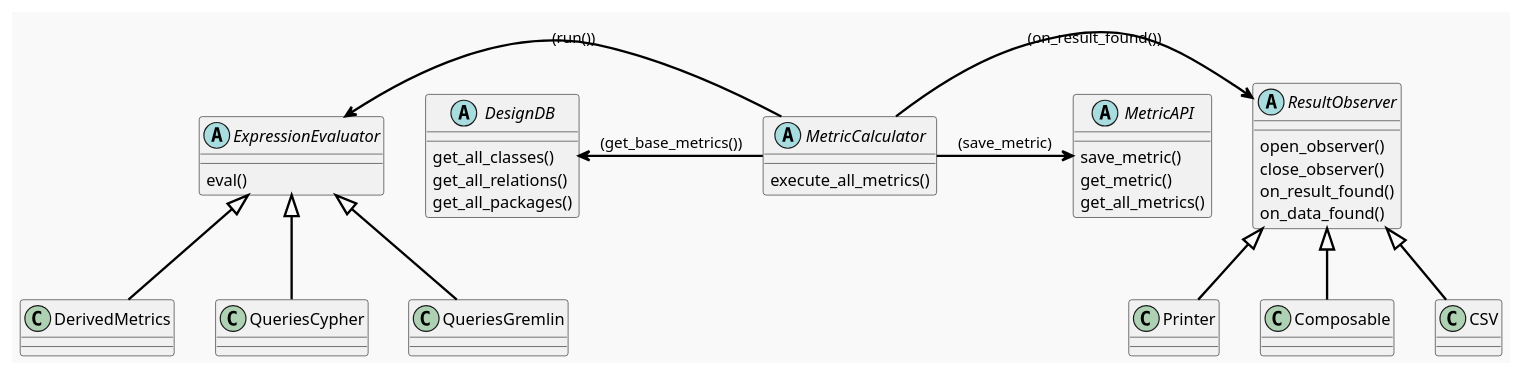
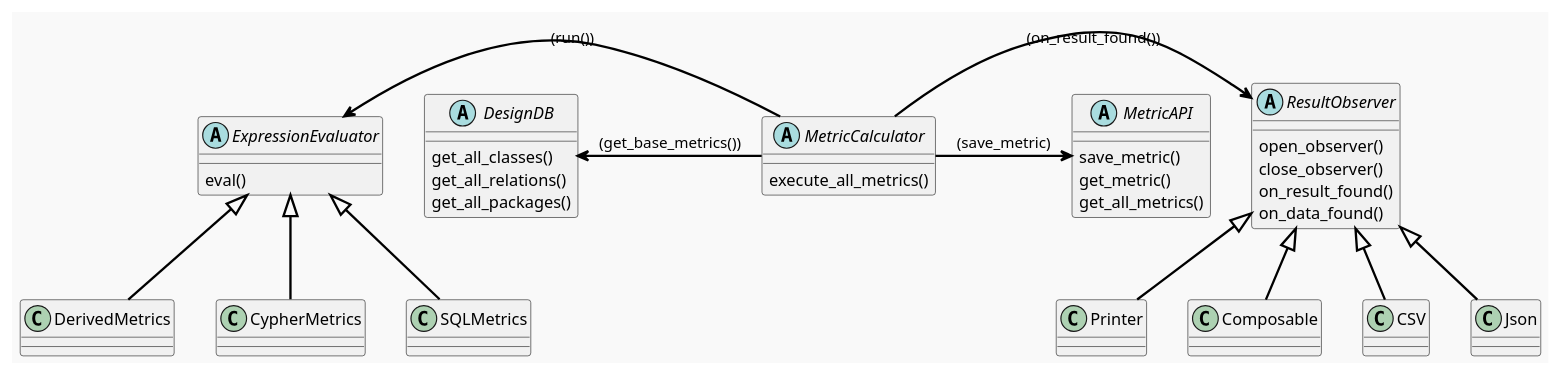
One commit to GonzaloGarciaZurlo/CodeDesignDeltaEvaluator changed the diagram in Design/metric_calculator-result_obs.plantuml. Above: the diagram before and after it, drawn with PlantUML. The commit also changed 5 other files, not shown here.

Commit message:
uml updates

```diff
--- a/Design/metric_calculator-result_obs.plantuml
+++ b/Design/metric_calculator-result_obs.plantuml
@@ -1,55 +1,57 @@
 @startuml MetricCalculator-resultObserver
 skinparam packageStyle rectangle
 skinparam shadowing false
 skinparam backgroundColor #F9F9F9
 skinparam packageBackgroundColor #DDDDDD
 skinparam packageBorderColor #000000
 skinparam arrowColor #000000
 skinparam arrowThickness 2
 
 abstract class MetricCalculator {
     execute_all_metrics()
 }
 abstract class ExpressionEvaluator {
     eval()
 }
 abstract class MetricAPI {
     save_metric()
     get_metric()
     get_all_metrics()
 }
 abstract class DesignDB{
     get_all_classes()
     get_all_relations()
     get_all_packages()
 }
 abstract class ResultObserver {
     open_observer()
     close_observer()
     on_result_found()
     on_data_found()
 }
 
 class DerivedMetrics
-class QueriesCypher
-class QueriesGremlin
+class CypherMetrics
+class SQLMetrics
 
 class Printer
 class Composable
 class CSV
+class Json
 
 
-ExpressionEvaluator <|-- QueriesCypher   
-ExpressionEvaluator <|-- QueriesGremlin
+ExpressionEvaluator <|-- CypherMetrics   
+ExpressionEvaluator <|-- SQLMetrics
 ExpressionEvaluator <|-- DerivedMetrics
 
 ResultObserver <|-- Printer
 ResultObserver <|-- Composable
 ResultObserver <|-- CSV
+ResultObserver <|-- Json
 
 ExpressionEvaluator <- MetricCalculator : (run())
 MetricCalculator -> ResultObserver : (on_result_found())
 DesignDB <- MetricCalculator : (get_base_metrics())
 MetricCalculator  -> MetricAPI : (save_metric)
 
 @enduml
```
